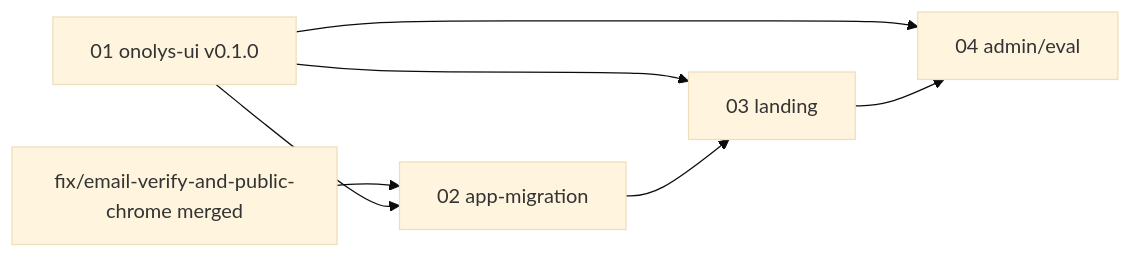
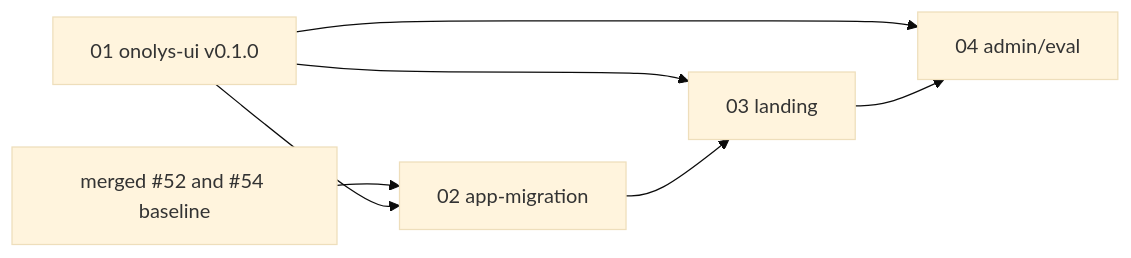
The diagram in docs/agent_files/feat-design-system-20261123-0428/README.md (Onolys/onolys), drawn with Mermaid (base theme) before and after one commit. The commit also changed other lines of this file and 2 other files, not shown here.

Commit message:
docs: align migration plan with merged app changes

````diff
--- a/docs/agent_files/feat-design-system-20261123-0428/README.md
+++ b/docs/agent_files/feat-design-system-20261123-0428/README.md
@@ -17,8 +17,8 @@
 ```mermaid
 graph LR
-  F[fix/email-verify-and-public-chrome merged] --> SP2
+  F[merged #52 and #54 baseline] --> SP2
   SP1[01 onolys-ui v0.1.0] --> SP2[02 app-migration]
   SP1 --> SP3[03 landing]
   SP1 --> SP4[04 admin/eval]
   SP2 --> SP3 --> SP4
 ```
````
